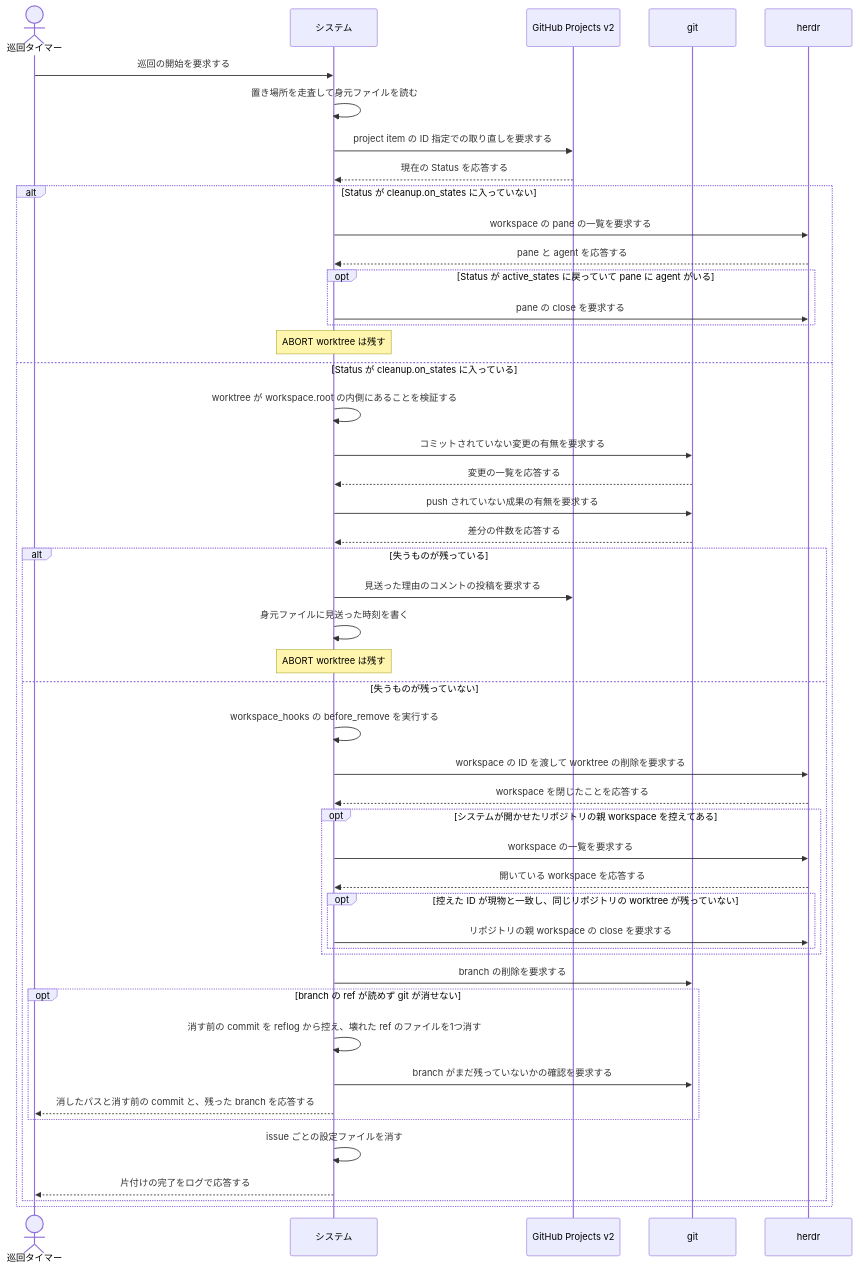
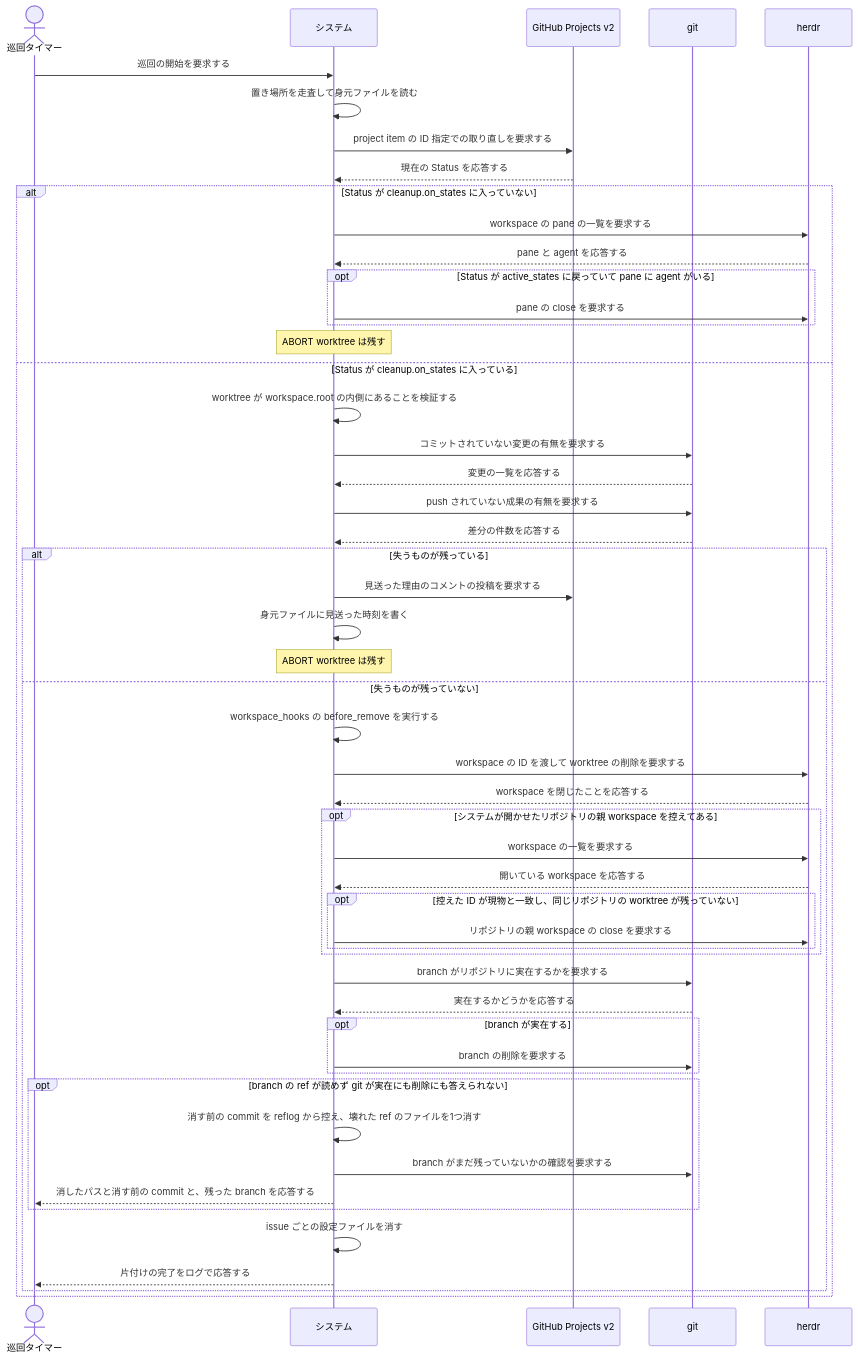
Before and after one commit to maimuzo/continuo: the second of 2 diagrams in docs/spec/usecases/particular_case/worktree と branch を片付ける.rucm.md, drawn with Mermaid. The commit also changed other lines of this file and 28 other files, not shown here.

````diff
--- a/docs/spec/usecases/particular_case/worktree と branch を片付ける.rucm.md
+++ b/docs/spec/usecases/particular_case/worktree と branch を片付ける.rucm.md
@@ -290,51 +330,55 @@
 ```mermaid
 sequenceDiagram
     actor T as 巡回タイマー
     participant S as システム
     participant GH as GitHub Projects v2
     participant G as git
     participant H as herdr
 
     T->>S: 巡回の開始を要求する
     S->>S: 置き場所を走査して身元ファイルを読む
     S->>GH: project item の ID 指定での取り直しを要求する
     GH-->>S: 現在の Status を応答する
     alt Status が cleanup.on_states に入っていない
         S->>H: workspace の pane の一覧を要求する
         H-->>S: pane と agent を応答する
         opt Status が active_states に戻っていて pane に agent がいる
             S->>H: pane の close を要求する
         end
         Note over S: ABORT worktree は残す
     else Status が cleanup.on_states に入っている
         S->>S: worktree が workspace.root の内側にあることを検証する
         S->>G: コミットされていない変更の有無を要求する
         G-->>S: 変更の一覧を応答する
         S->>G: push されていない成果の有無を要求する
         G-->>S: 差分の件数を応答する
         alt 失うものが残っている
             S->>GH: 見送った理由のコメントの投稿を要求する
             S->>S: 身元ファイルに見送った時刻を書く
             Note over S: ABORT worktree は残す
         else 失うものが残っていない
             S->>S: workspace_hooks の before_remove を実行する
             S->>H: workspace の ID を渡して worktree の削除を要求する
             H-->>S: workspace を閉じたことを応答する
             opt システムが開かせたリポジトリの親 workspace を控えてある
                 S->>H: workspace の一覧を要求する
                 H-->>S: 開いている workspace を応答する
                 opt 控えた ID が現物と一致し、同じリポジトリの worktree が残っていない
                     S->>H: リポジトリの親 workspace の close を要求する
                 end
             end
-            S->>G: branch の削除を要求する
-            opt branch の ref が読めず git が消せない
+            S->>G: branch がリポジトリに実在するかを要求する
+            G-->>S: 実在するかどうかを応答する
+            opt branch が実在する
+                S->>G: branch の削除を要求する
+            end
+            opt branch の ref が読めず git が実在にも削除にも答えられない
                 S->>S: 消す前の commit を reflog から控え、壊れた ref のファイルを1つ消す
                 S->>G: branch がまだ残っていないかの確認を要求する
                 S-->>T: 消したパスと消す前の commit と、残った branch を応答する
             end
             S->>S: issue ごとの設定ファイルを消す
             S-->>T: 片付けの完了をログで応答する
         end
     end
 ```
````
